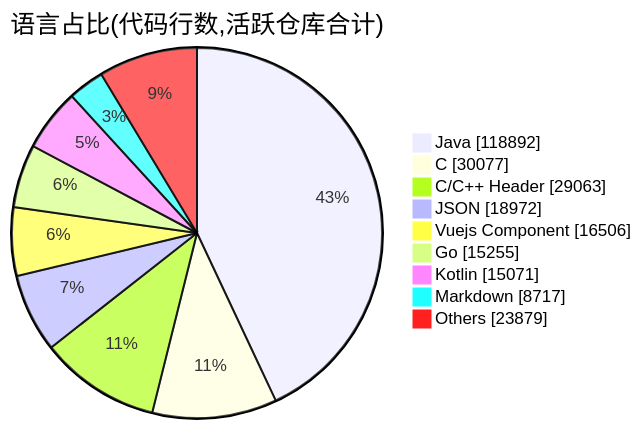
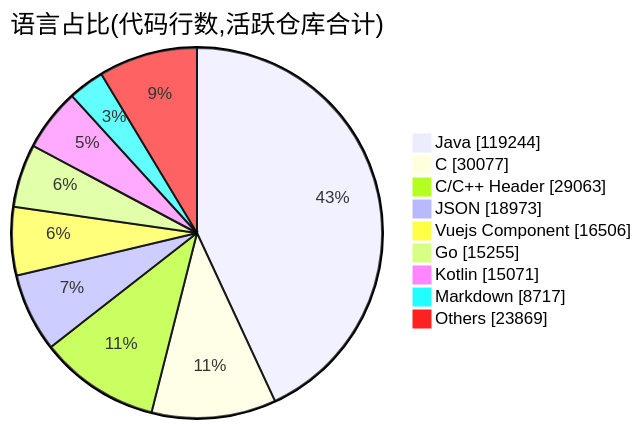
One commit to Conflux-Union/.github changed the second of 2 diagrams in profile/README.md. Above: the diagram before and after it, drawn with Mermaid. The commit also changed other lines of this file and 1 other file, not shown here.

````diff
--- a/profile/README.md
+++ b/profile/README.md
@@ -79,13 +79,13 @@
 ```mermaid
 pie showData
     title 语言占比(代码行数,活跃仓库合计)
-    "Java" : 118892
+    "Java" : 119244
     "C" : 30077
     "C/C++ Header" : 29063
-    "JSON" : 18972
+    "JSON" : 18973
     "Vuejs Component" : 16506
     "Go" : 15255
     "Kotlin" : 15071
     "Markdown" : 8717
-    "Others" : 23879
+    "Others" : 23869
 ```
````
